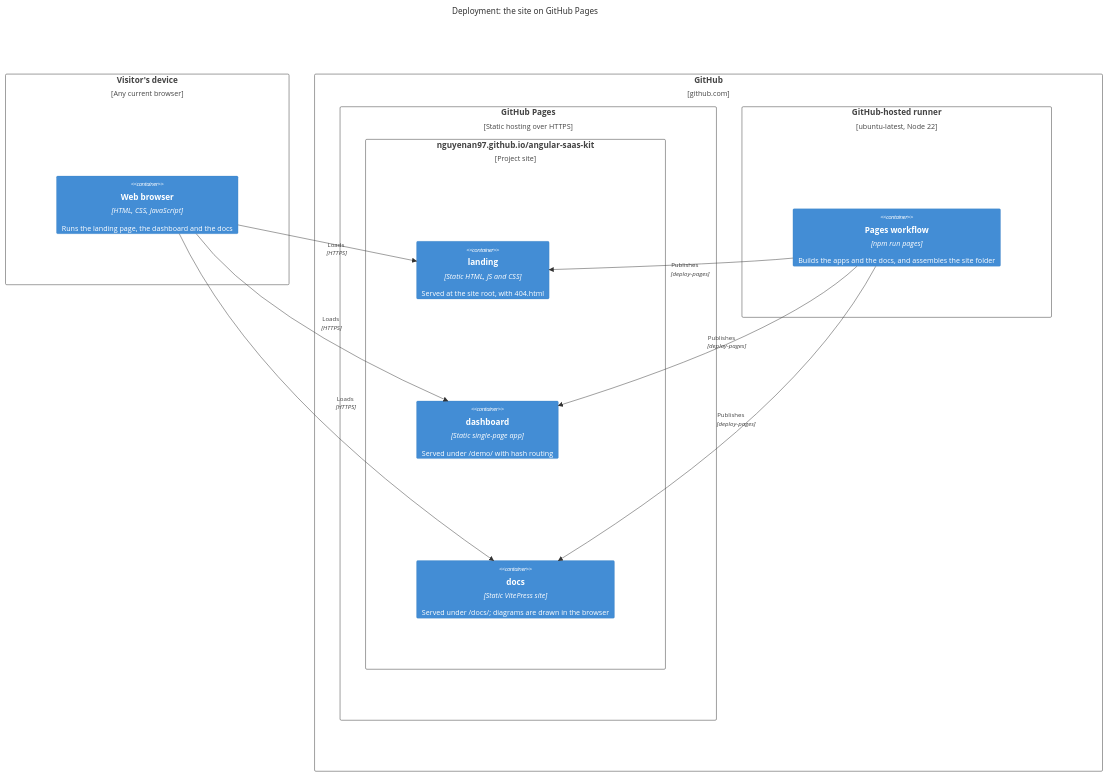
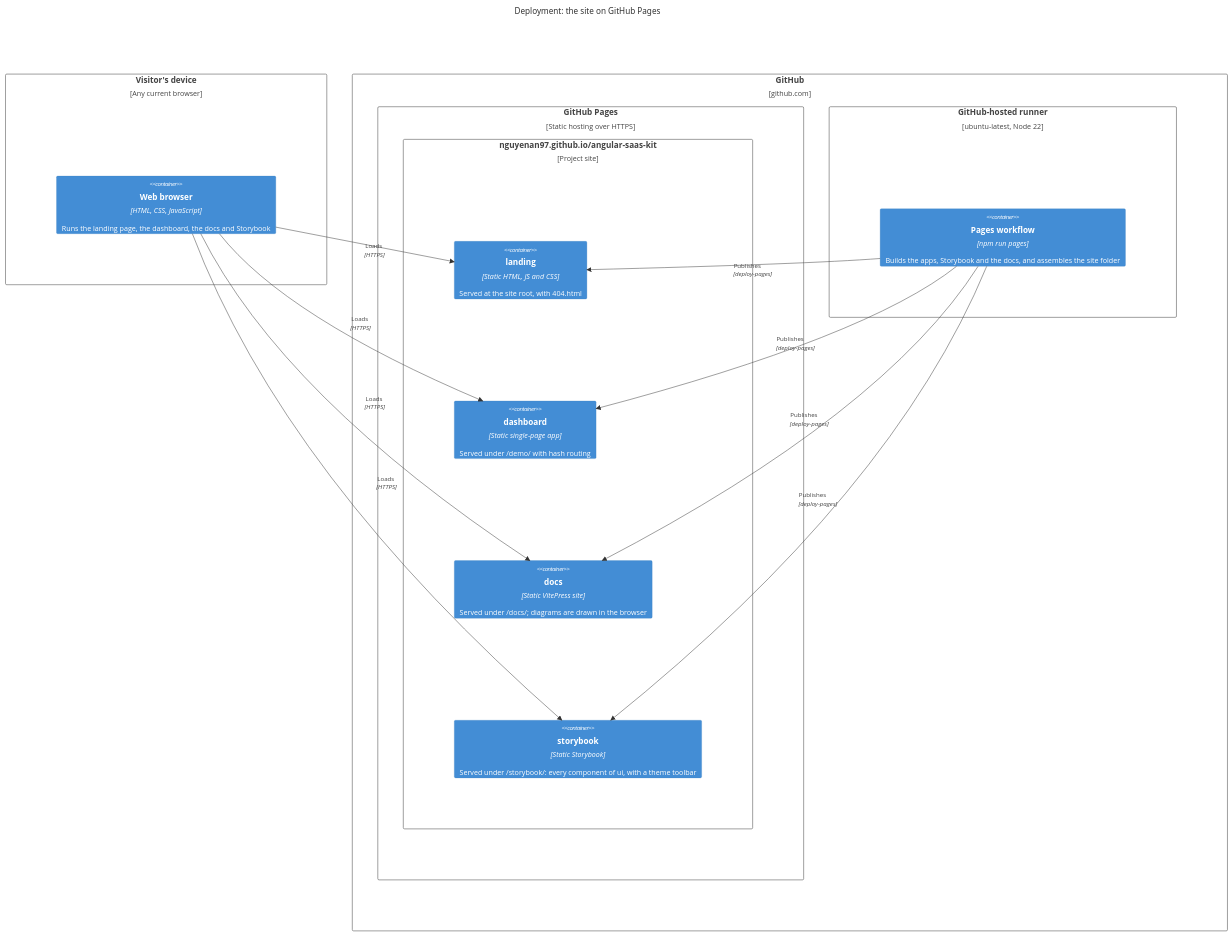
The first of 3 diagrams in docs/architecture/c4-deployment.md (nguyenan97/angular-saas-kit), drawn with Mermaid before and after one commit. The commit also changed other lines of this file and 42 other files, not shown here.

````diff
--- a/docs/architecture/c4-deployment.md
+++ b/docs/architecture/c4-deployment.md
@@ -13,29 +14,32 @@
 ```mermaid
 %%{init: {"c4": {"c4ShapeMargin": 100}}}%%
 C4Deployment
   title Deployment: the site on GitHub Pages
 
   Deployment_Node(device, "Visitor's device", "Any current browser") {
-    Container(browser, "Web browser", "HTML, CSS, JavaScript", "Runs the landing page, the dashboard and the docs")
+    Container(browser, "Web browser", "HTML, CSS, JavaScript", "Runs the landing page, the dashboard, the docs and Storybook")
   }
 
   Deployment_Node(gh, "GitHub", "github.com") {
     Deployment_Node(pages, "GitHub Pages", "Static hosting over HTTPS") {
       Deployment_Node(site, "nguyenan97.github.io/angular-saas-kit", "Project site") {
         Container(landing, "landing", "Static HTML, JS and CSS", "Served at the site root, with 404.html")
         Container(dashboard, "dashboard", "Static single-page app", "Served under /demo/ with hash routing")
         Container(docs, "docs", "Static VitePress site", "Served under /docs/; diagrams are drawn in the browser")
+        Container(storybook, "storybook", "Static Storybook", "Served under /storybook/: every component of ui, with a theme toolbar")
       }
     }
     Deployment_Node(runner, "GitHub-hosted runner", "ubuntu-latest, Node 22") {
-      Container(build, "Pages workflow", "npm run pages", "Builds the apps and the docs, and assembles the site folder")
+      Container(build, "Pages workflow", "npm run pages", "Builds the apps, Storybook and the docs, and assembles the site folder")
     }
   }
 
   Rel(browser, landing, "Loads", "HTTPS")
   Rel(browser, dashboard, "Loads", "HTTPS")
   Rel(browser, docs, "Loads", "HTTPS")
+  Rel(browser, storybook, "Loads", "HTTPS")
   Rel(build, landing, "Publishes", "deploy-pages")
   Rel(build, dashboard, "Publishes", "deploy-pages")
   Rel(build, docs, "Publishes", "deploy-pages")
+  Rel(build, storybook, "Publishes", "deploy-pages")
 ```
````
